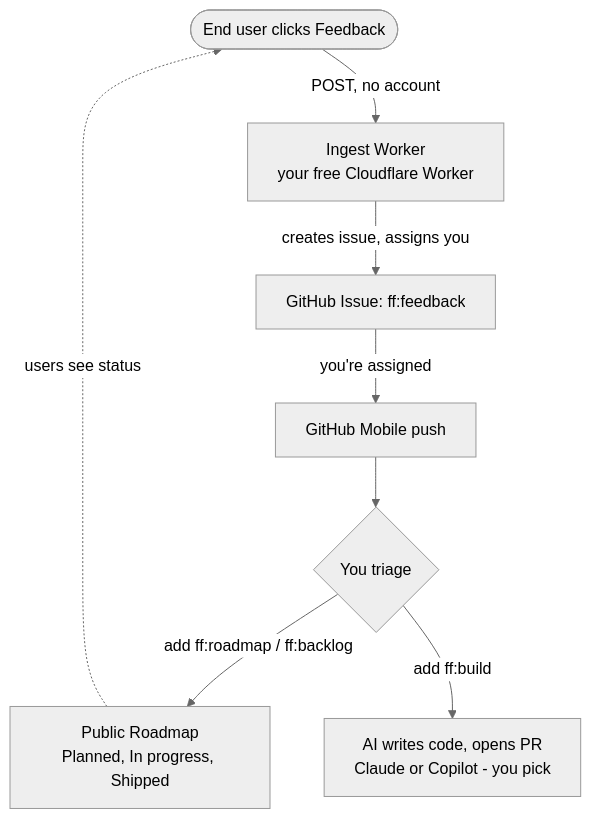
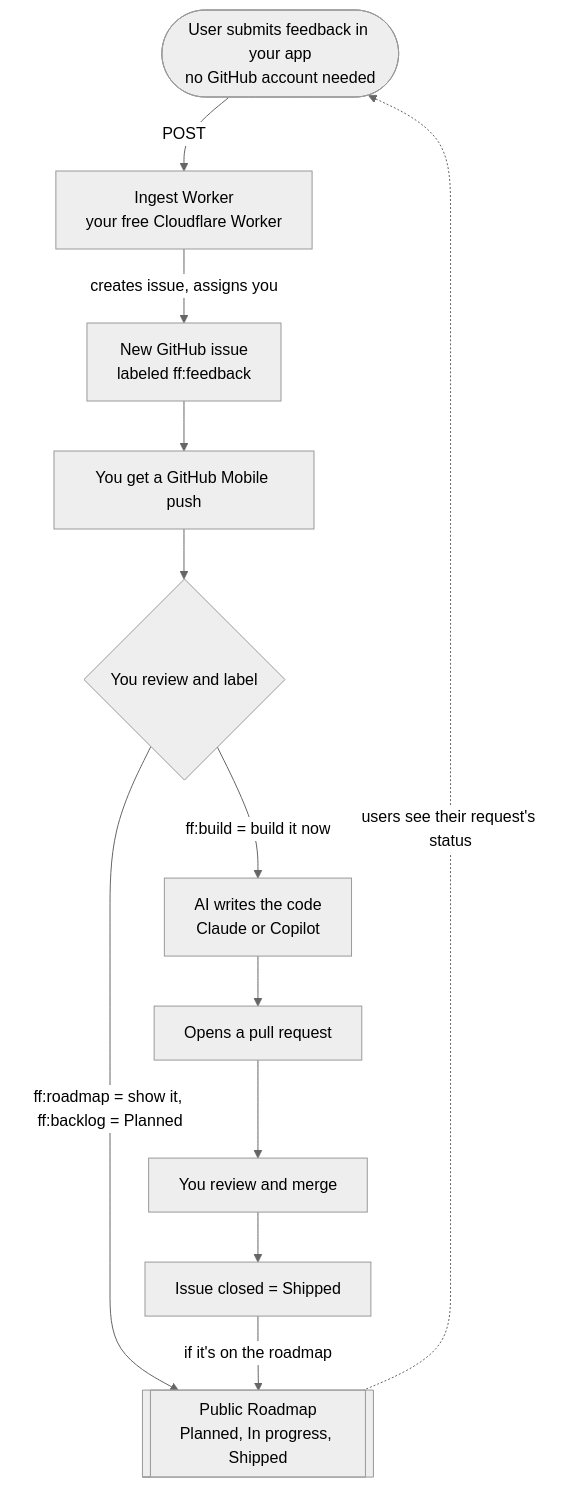
One commit to appuruguru/faster-features changed the diagram in README.md. Above: the diagram before and after it, drawn with Mermaid (neutral theme).

Commit message:
README: clearer flow diagram (build path connects through Shipped to the roadmap and back to users)

````diff
--- a/README.md
+++ b/README.md
@@ -20,10 +20,15 @@
 ```mermaid
 flowchart TD
-    U([End user clicks Feedback]) -->|POST, no account| W[Ingest Worker<br/>your free Cloudflare Worker]
-    W -->|creates issue, assigns you| G[GitHub Issue: ff:feedback]
-    G -->|you're assigned| N[GitHub Mobile push]
-    N --> T{You triage}
-    T -->|add ff:roadmap / ff:backlog| R[Public Roadmap<br/>Planned, In progress, Shipped]
-    T -->|add ff:build| B[AI writes code, opens PR<br/>Claude or Copilot - you pick]
-    R -.->|users see status| U
+    U([User submits feedback in your app<br/>no GitHub account needed])
+    U -->|POST| W[Ingest Worker<br/>your free Cloudflare Worker]
+    W -->|creates issue, assigns you| G[New GitHub issue<br/>labeled ff:feedback]
+    G --> N[You get a GitHub Mobile push]
+    N --> T{You review and label}
+    T -->|ff:build = build it now| C[AI writes the code<br/>Claude or Copilot]
+    C --> PR[Opens a pull request]
+    PR --> MG[You review and merge]
+    MG --> SH[Issue closed = Shipped]
+    T -->|ff:roadmap = show it, ff:backlog = Planned| RM[[Public Roadmap<br/>Planned, In progress, Shipped]]
+    SH -->|if it's on the roadmap| RM
+    RM -.->|users see their request's status| U
 ```
````
